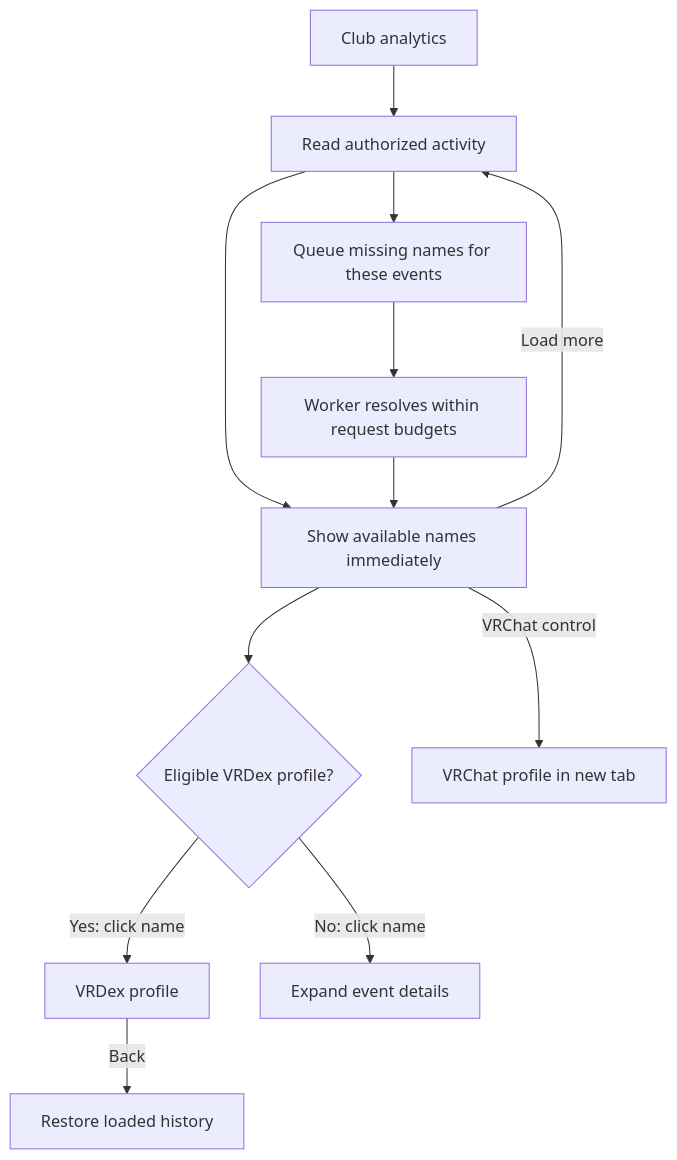
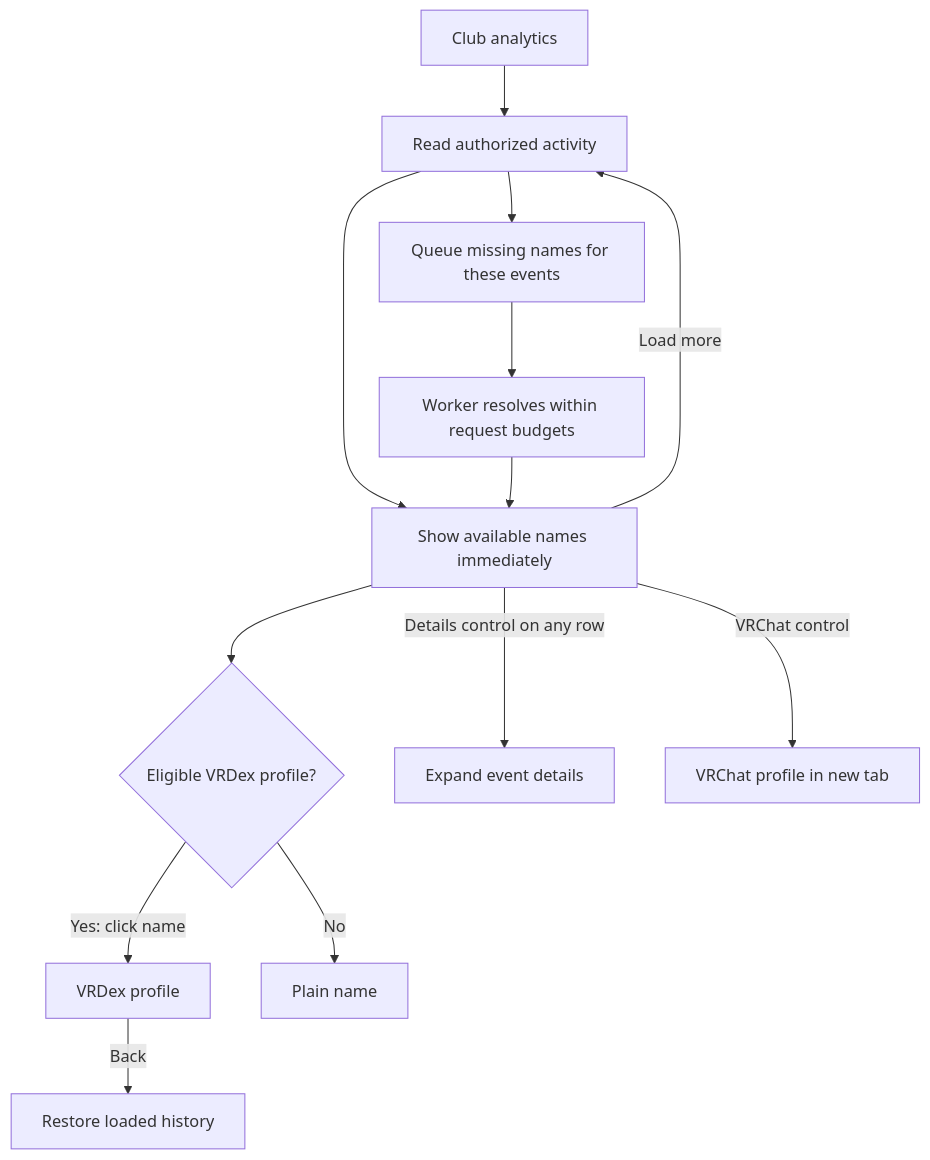
Before and after one commit to BITRATE-Labs/VRDex: the first of 3 diagrams in docs/superpowers/specs/2026-11-12-membership-activity-recovery-design.md, drawn with Mermaid. The commit also changed other lines of this file and 2 other files, not shown here.

Commit message:
Design name-first invitations and scheduled actions

````diff
--- a/docs/superpowers/specs/2026-11-12-membership-activity-recovery-design.md
+++ b/docs/superpowers/specs/2026-11-12-membership-activity-recovery-design.md
@@ -54,14 +56,15 @@
 ```mermaid
 flowchart TD
   A[Club analytics] --> B[Read authorized activity]
   B --> C[Show available names immediately]
   B --> D[Queue missing names for these events]
   D --> E[Worker resolves within request budgets]
   E --> C
   C --> F{Eligible VRDex profile?}
   F -->|Yes: click name| G[VRDex profile]
   G -->|Back| H[Restore loaded history]
-  F -->|No: click name| I[Expand event details]
+  F -->|No| K[Plain name]
+  C -->|Details control on any row| I[Expand event details]
   C -->|VRChat control| J[VRChat profile in new tab]
   C -->|Load more| B
 ```
````
